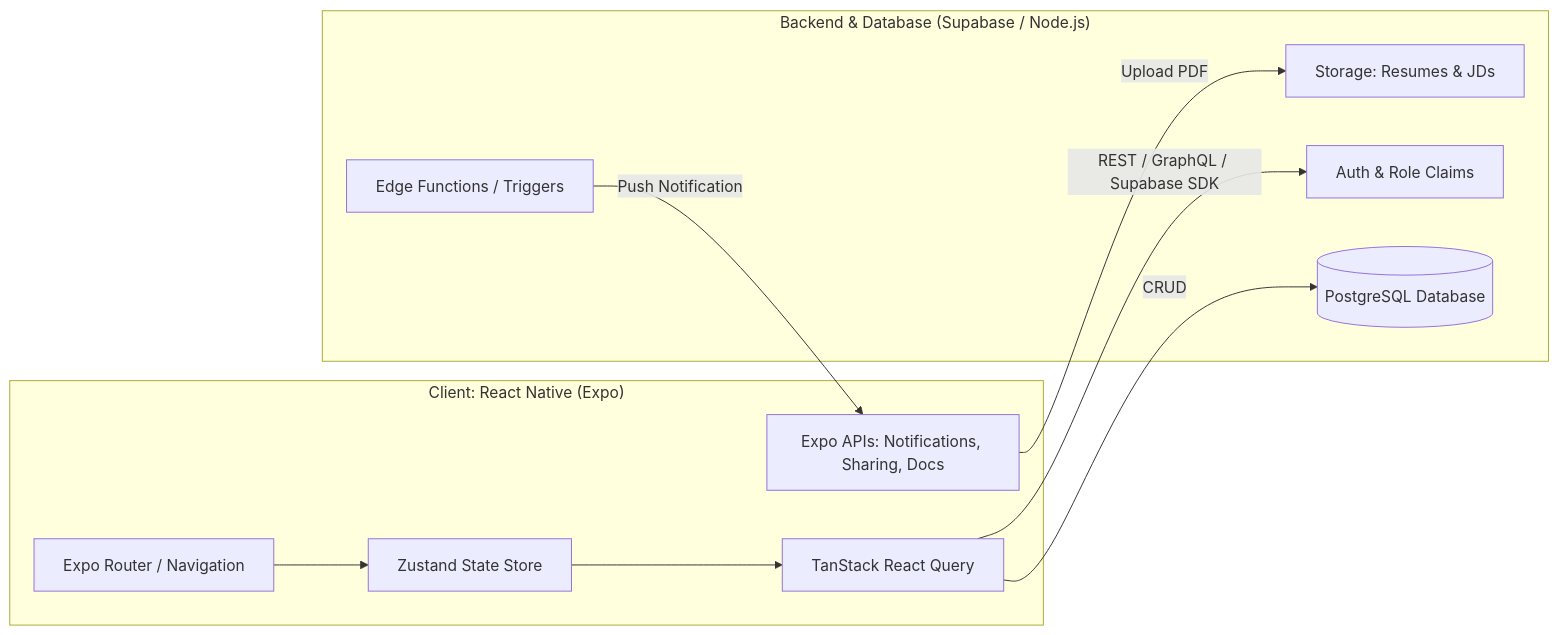
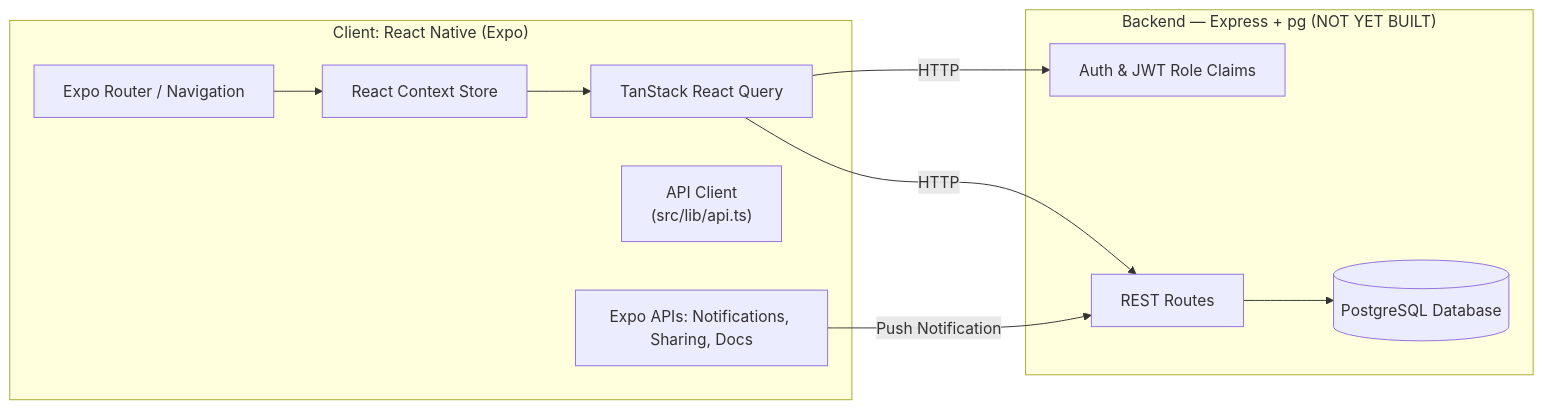
Before and after one commit to sarthakcode01/college-mobile-app: the third of 4 diagrams in PLACEMENT_CELL_APP_PLAN.md, drawn with Mermaid. The commit also changed other lines of this file, not shown here.

````diff
--- a/PLACEMENT_CELL_APP_PLAN.md
+++ b/PLACEMENT_CELL_APP_PLAN.md
@@ -174,23 +254,23 @@
 ```mermaid
 graph LR
     subgraph Client ["Client: React Native (Expo)"]
-        UI[Expo Router / Navigation]
-        Store[Zustand State Store]
+        UI2[Expo Router / Navigation]
+        Store2[React Context Store]
         Query[TanStack React Query]
-        Native[Expo APIs: Notifications, Sharing, Docs]
+        API["API Client<br/>(src/lib/api.ts)"]
+        Native2[Expo APIs: Notifications, Sharing, Docs]
     end
 
-    subgraph Backend ["Backend & Database (Supabase / Node.js)"]
-        AuthService[Auth & Role Claims]
+    subgraph Backend ["Backend — Express + pg (NOT YET BUILT)"]
+        AuthService[Auth & JWT Role Claims]
+        Routes[REST Routes]
         Postgres[(PostgreSQL Database)]
-        StorageBucket[Storage: Resumes & JDs]
-        EdgeFunc[Edge Functions / Triggers]
     end
 
-    UI --> Store
-    Store --> Query
-    Query -->|REST / GraphQL / Supabase SDK| AuthService
-    Query -->|CRUD| Postgres
-    Native -->|Upload PDF| StorageBucket
-    EdgeFunc -->|Push Notification| Native
+    UI2 --> Store2
+    Store2 --> Query
+    Query -->|HTTP| AuthService
+    Query -->|HTTP| Routes
+    Routes --> Postgres
+    Native2 -->|Push Notification| Routes
 ```
````
